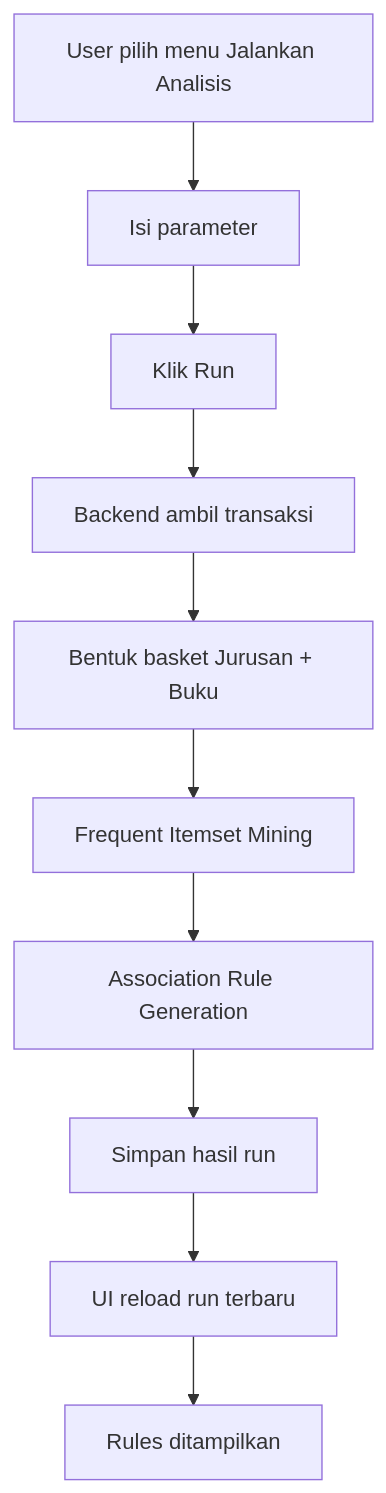
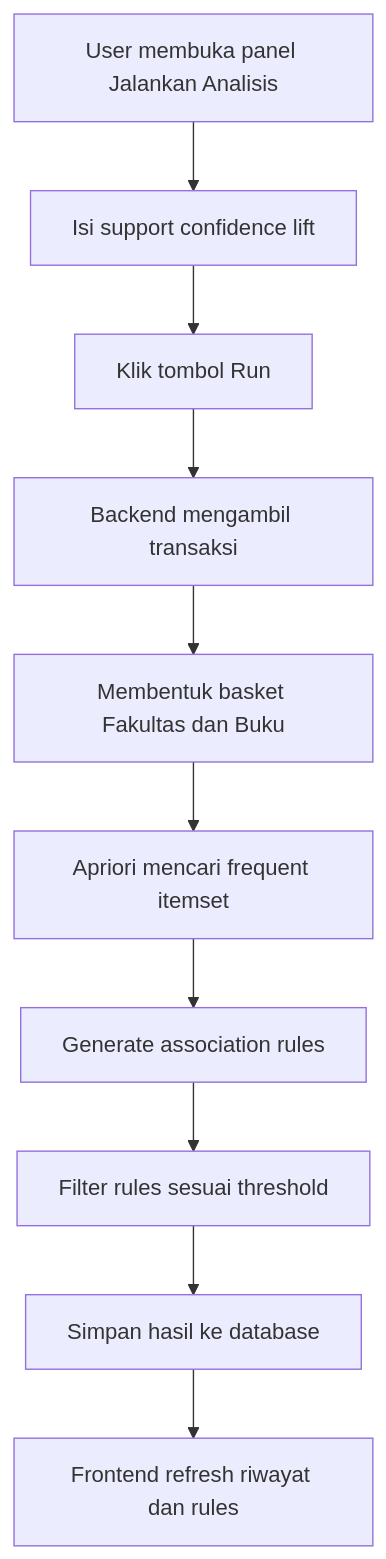
One commit to aldamadz/algoritma-apriori changed the fifth of 9 diagrams in frontend/public/docs/diagram_skripsi.md. Above: the diagram before and after it, drawn with Mermaid. The commit also changed other lines of this file and 55 other files, not shown here.

````diff
--- a/frontend/public/docs/diagram_skripsi.md
+++ b/frontend/public/docs/diagram_skripsi.md
@@ -127,12 +126,12 @@
 ```mermaid
 flowchart TD
-  A[User pilih menu Jalankan Analisis] --> B[Isi parameter]
-  B --> C[Klik Run]
-  C --> D[Backend ambil transaksi]
-  D --> E[Bentuk basket Jurusan + Buku]
-  E --> F[Frequent Itemset Mining]
-  F --> G[Association Rule Generation]
-  G --> H[Simpan hasil run]
-  H --> I[UI reload run terbaru]
-  I --> J[Rules ditampilkan]
+  A[User membuka panel Jalankan Analisis] --> B[Isi support confidence lift]
+  B --> C[Klik tombol Run]
+  C --> D[Backend mengambil transaksi]
+  D --> E[Membentuk basket Fakultas dan Buku]
+  E --> F[Apriori mencari frequent itemset]
+  F --> G[Generate association rules]
+  G --> H[Filter rules sesuai threshold]
+  H --> I[Simpan hasil ke database]
+  I --> J[Frontend refresh riwayat dan rules]
 ```
````
